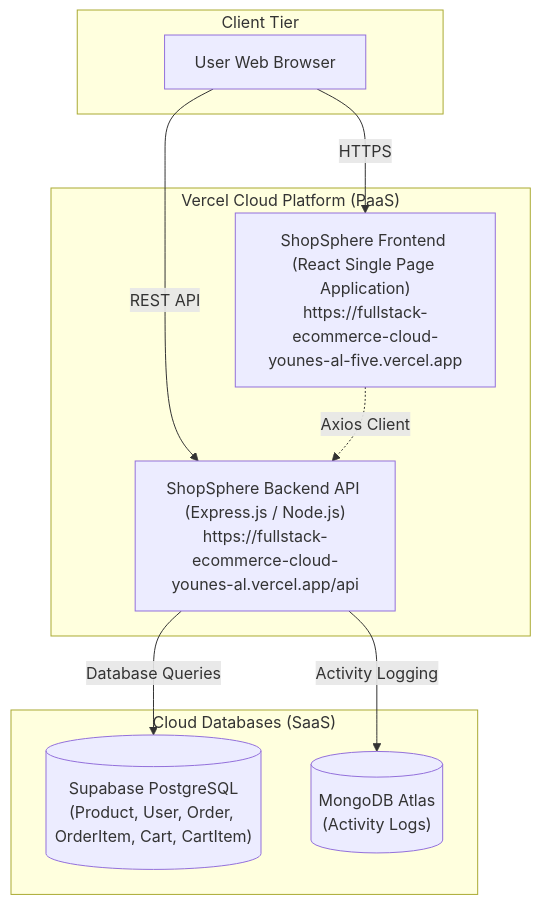
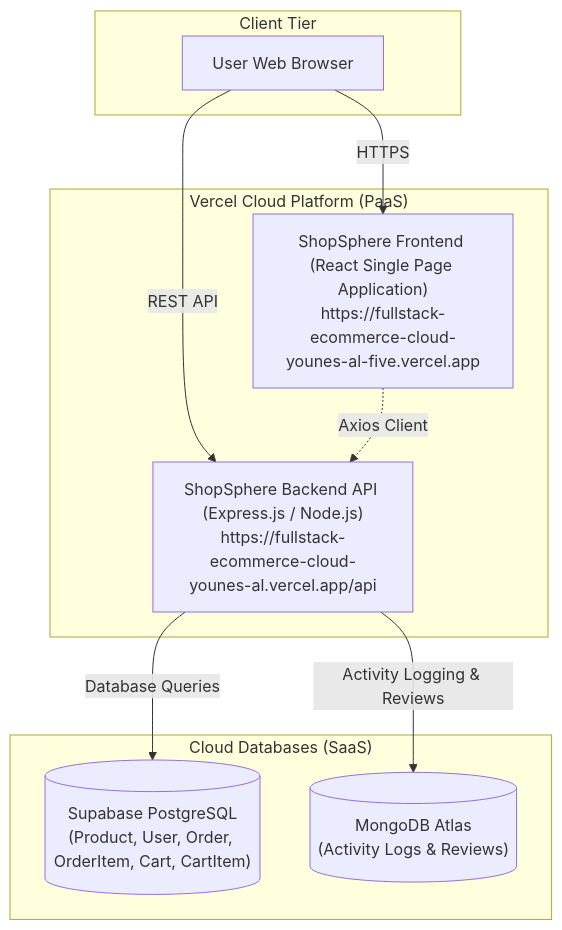
Before and after one commit to Younes-235/EYOUTH-31007200201119-ShopSphere-fullstack-ecommerce-cloud-younes-aly: the diagram in EYOUTH-31007200201119-ShopSphere-Task2-Subtask1.md, drawn with Mermaid. The commit also changed other lines of this file and 20 other files, not shown here.

````diff
--- a/EYOUTH-31007200201119-ShopSphere-Task2-Subtask1.md
+++ b/EYOUTH-31007200201119-ShopSphere-Task2-Subtask1.md
@@ -13,22 +13,22 @@
 ```mermaid
 flowchart TD
     subgraph Client["Client Tier"]
         Browser["User Web Browser"]
     end
 
     subgraph Vercel_Platform["Vercel Cloud Platform (PaaS)"]
         Frontend["ShopSphere Frontend (React Single Page Application)\nhttps://fullstack-ecommerce-cloud-younes-al-five.vercel.app"]
         Backend["ShopSphere Backend API (Express.js / Node.js)\nhttps://fullstack-ecommerce-cloud-younes-al.vercel.app/api"]
     end
 
     subgraph Cloud_Databases["Cloud Databases (SaaS)"]
         SupabaseDB[("Supabase PostgreSQL\n(Product, User, Order, OrderItem, Cart, CartItem)")]
-        MongoAtlas[("MongoDB Atlas\n(Activity Logs)")]
+        MongoAtlas[("MongoDB Atlas\n(Activity Logs & Reviews)")]
     end
 
     Browser -->|"HTTPS"| Frontend
     Browser -->|"REST API"| Backend
     Frontend -.->|"Axios Client"| Backend
     Backend -->|"Database Queries"| SupabaseDB
-    Backend -->|"Activity Logging"| MongoAtlas
+    Backend -->|"Activity Logging & Reviews"| MongoAtlas
 ```
````
